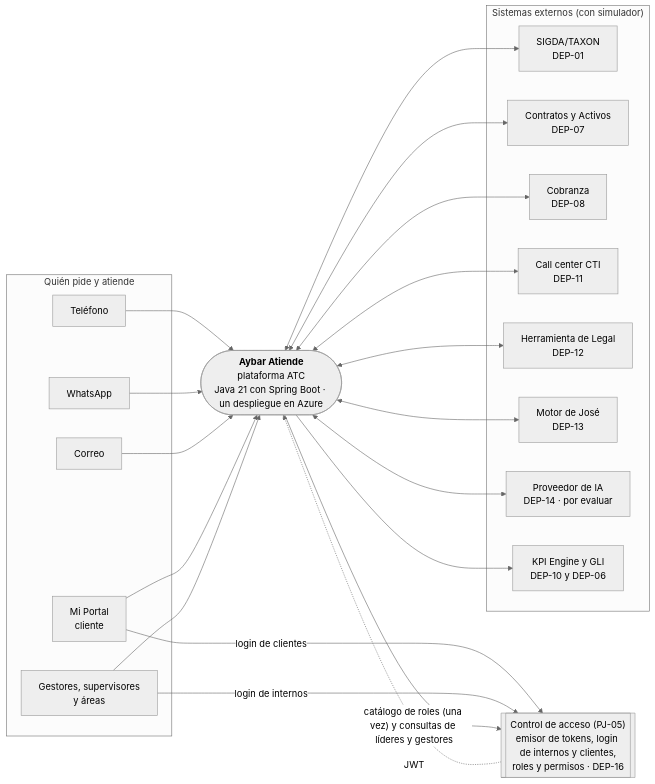
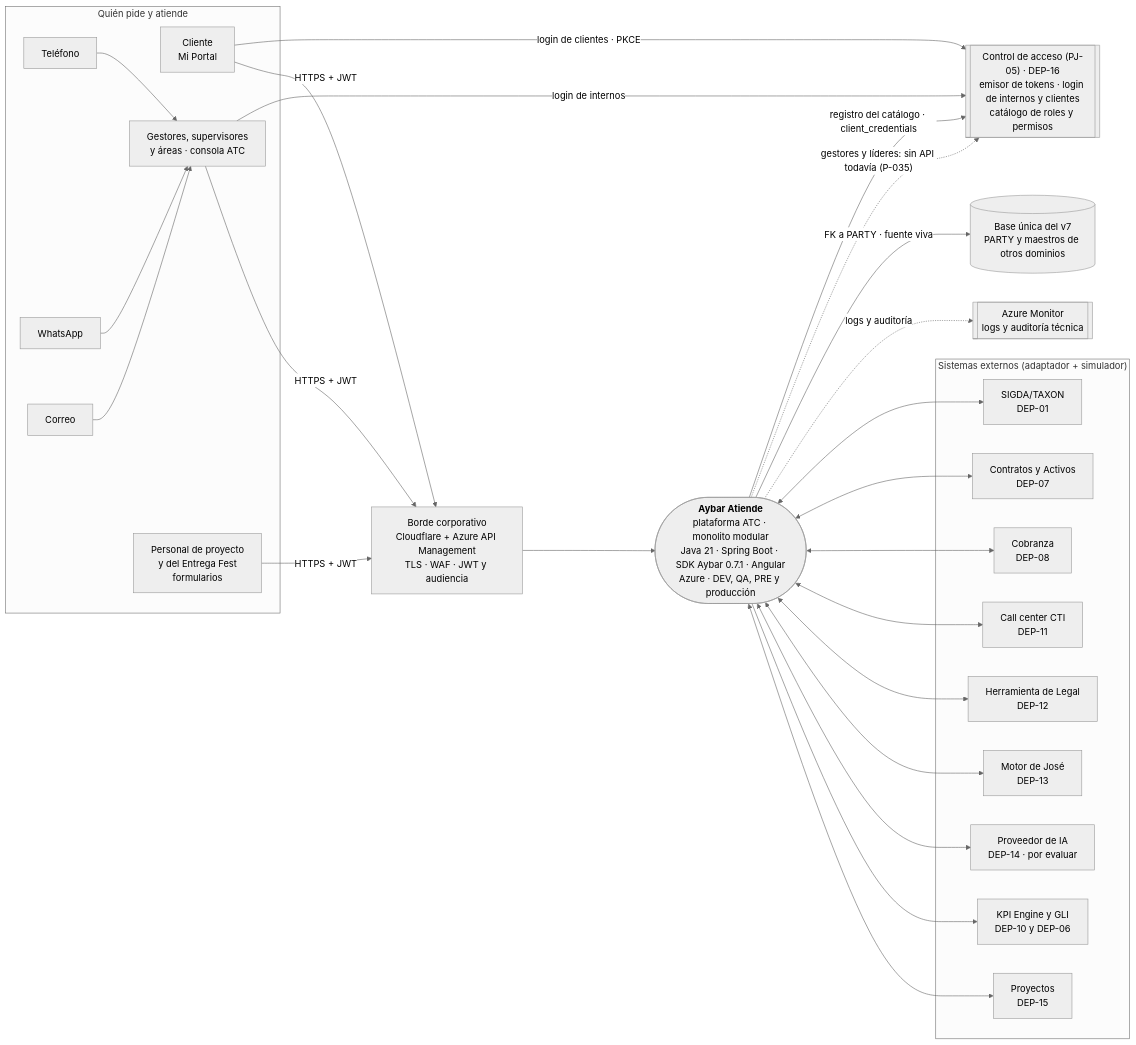
One commit to michel-poma-huachihuaco/tyc-mockup changed the first of 5 diagrams in propuesta-po/documentacion/paquete-definir-etapa1-v1.3/arquitectura/diagrama-arquitectura.md. Above: the diagram before and after it, drawn with Mermaid (neutral theme). The commit also changed other lines of this file and 124 other files, not shown here.

````diff
--- a/propuesta-po/documentacion/paquete-definir-etapa1-v1.3/arquitectura/diagrama-arquitectura.md
+++ b/propuesta-po/documentacion/paquete-definir-etapa1-v1.3/arquitectura/diagrama-arquitectura.md
@@ -21,39 +32,49 @@
 ```mermaid
 flowchart LR
   subgraph Quien["Quién pide y atiende"]
     tel[Teléfono]
     wa[WhatsApp]
     mail[Correo]
-    portal[Mi Portal<br/>cliente]
-    ges[Gestores, supervisores<br/>y áreas]
+    cli[Cliente<br/>Mi Portal]
+    ges[Gestores, supervisores<br/>y áreas · consola ATC]
+    obra[Personal de proyecto<br/>y del Entrega Fest<br/>formularios]
   end
-  atc(["<b>Aybar Atiende</b><br/>plataforma ATC<br/>Java 21 con Spring Boot · un despliegue en Azure"])
-  subgraph Ext["Sistemas externos (con simulador)"]
+  borde["Borde corporativo<br/>Cloudflare + Azure API Management<br/>TLS · WAF · JWT y audiencia"]
+  atc(["<b>Aybar Atiende</b><br/>plataforma ATC · monolito modular<br/>Java 21 · Spring Boot · SDK Aybar 0.7.1 · Angular<br/>Azure · DEV, QA, PRE y producción"])
+  ctrl[["Control de acceso (PJ-05) · DEP-16<br/>emisor de tokens · login de internos y clientes<br/>catálogo de roles y permisos"]]
+  base[("Base única del v7<br/>PARTY y maestros de otros dominios")]
+  mon[["Azure Monitor<br/>logs y auditoría técnica"]]
+  subgraph Ext["Sistemas externos (adaptador + simulador)"]
     sigda[SIGDA/TAXON<br/>DEP-01]
     con[Contratos y Activos<br/>DEP-07]
     cob[Cobranza<br/>DEP-08]
     cti[Call center CTI<br/>DEP-11]
     leg[Herramienta de Legal<br/>DEP-12]
     jose[Motor de José<br/>DEP-13]
     ia[Proveedor de IA<br/>DEP-14 · por evaluar]
     kpi[KPI Engine y GLI<br/>DEP-10 y DEP-06]
+    proy[Proyectos<br/>DEP-15]
   end
-  ctrl[["Control de acceso (PJ-05)<br/>emisor de tokens, login de internos y clientes,<br/>roles y permisos · DEP-16"]]
-  tel --> atc
-  wa --> atc
-  mail --> atc
-  portal -- "login de clientes" --> ctrl
+  cli -- "login de clientes · PKCE" --> ctrl
   ges -- "login de internos" --> ctrl
-  portal --> atc
-  ges --> atc
-  ctrl -. "JWT" .-> atc
-  atc -- "catálogo de roles (una vez) y consultas de líderes y gestores" --> ctrl
+  cli -- "HTTPS + JWT" --> borde
+  ges -- "HTTPS + JWT" --> borde
+  obra -- "HTTPS + JWT" --> borde
+  borde --> atc
+  tel --> ges
+  wa --> ges
+  mail --> ges
+  atc -- "registro del catálogo · client_credentials" --> ctrl
+  atc -. "gestores y líderes: sin API todavía (P-035)" .-> ctrl
+  atc -- "FK a PARTY · fuente viva" --> base
+  atc -. "logs y auditoría" .-> mon
   atc <--> sigda
   atc <--> con
   atc <--> cob
   atc <--> cti
   atc <--> leg
   atc <--> jose
   atc <--> ia
   atc --> kpi
+  atc <--> proy
 ```
````
